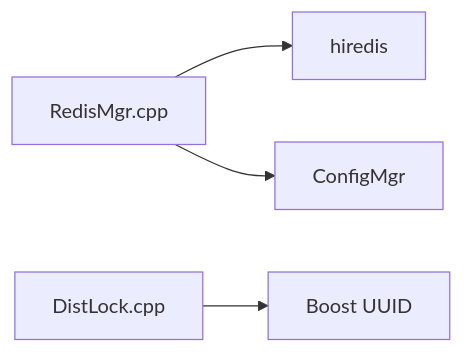
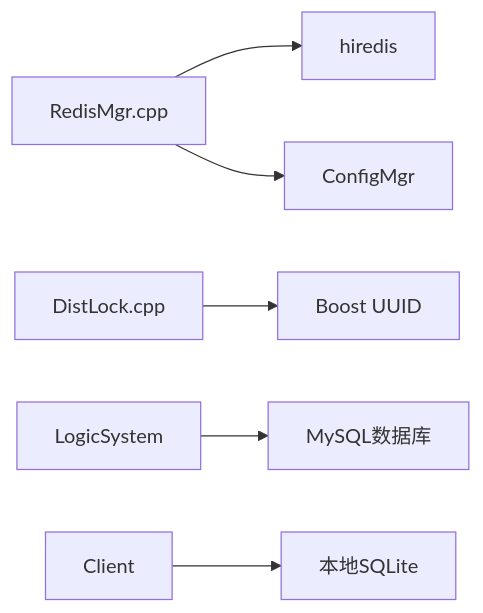
One commit to echo9923/mychatter changed the eighth of 8 diagrams in .qoder/repowiki/zh/content/缓存和存储/Redis缓存策略.md. Above: the diagram before and after it, drawn with Mermaid. The commit also changed other lines of this file and 132 other files, not shown here.

````diff
--- a/.qoder/repowiki/zh/content/缓存和存储/Redis缓存策略.md
+++ b/.qoder/repowiki/zh/content/缓存和存储/Redis缓存策略.md
@@ -303,6 +371,8 @@
 ```mermaid
 graph LR
 RedisMgr["RedisMgr.cpp"] --> Hiredis["hiredis"]
 RedisMgr --> ConfigMgr["ConfigMgr"]
 DistLock["DistLock.cpp"] --> BoostUUID["Boost UUID"]
+LogicSystem --> MySQL["MySQL数据库"]
+Client --> LocalSQLite["本地SQLite"]
 ```
````
